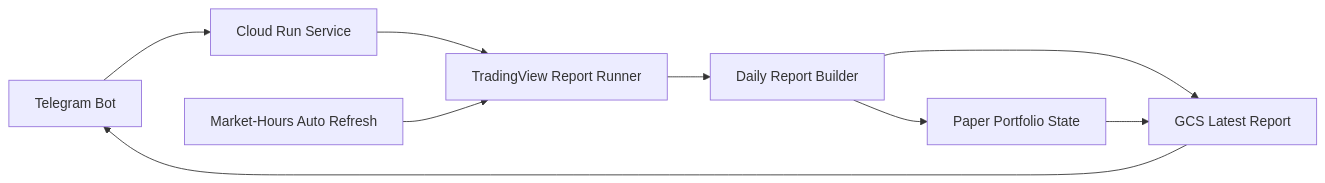
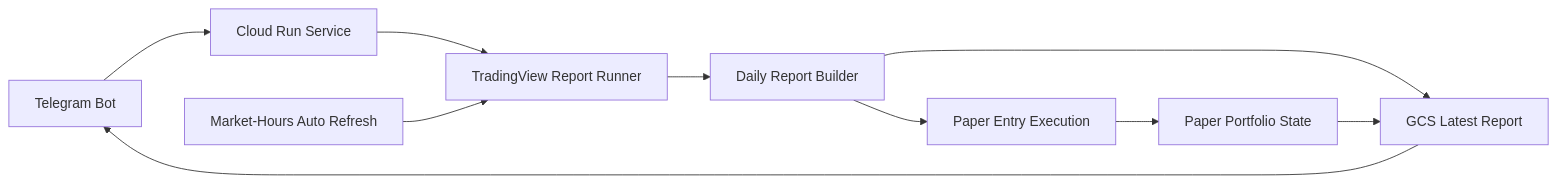
One commit to magares30/egx-smart-trading-coach changed the diagram in README.md. Above: the diagram before and after it, drawn with Mermaid. The commit also changed other lines of this file and 3 other files, not shown here.

````diff
--- a/README.md
+++ b/README.md
@@ -28,11 +46,12 @@
 ```mermaid
 flowchart LR
     TG[Telegram Bot] --> CR[Cloud Run Service]
     CR --> RR[TradingView Report Runner]
     RR --> DR[Daily Report Builder]
+    DR --> PE[Paper Entry Execution]
     DR --> GCS[GCS Latest Report]
+    PE --> PS[Paper Portfolio State]
+    PS --> GCS
     GCS --> TG
-    DR --> PS[Paper Portfolio State]
-    PS --> GCS
     AR[Market-Hours Auto Refresh] --> RR
 ```
````
